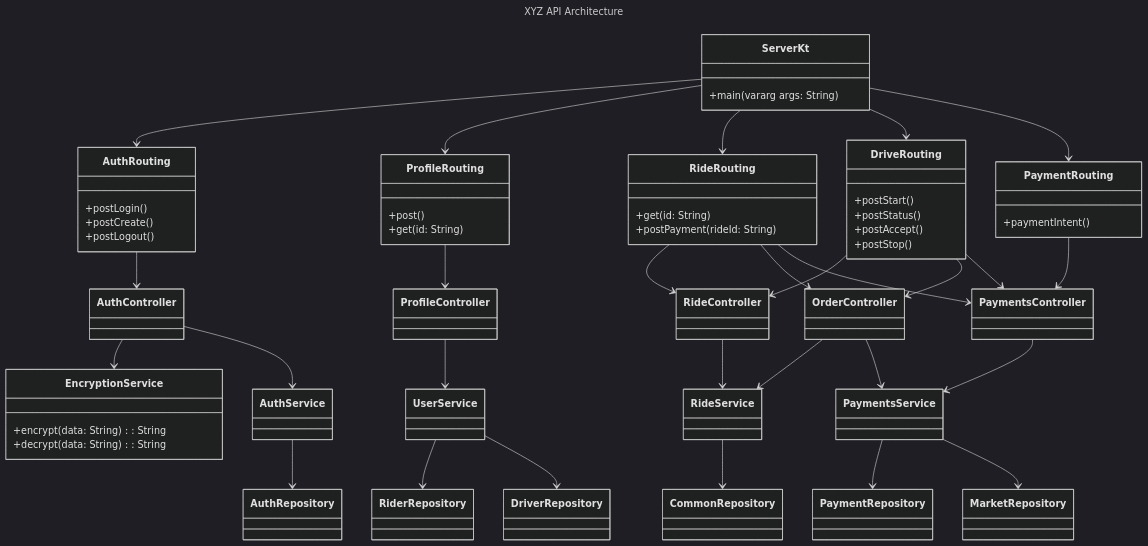
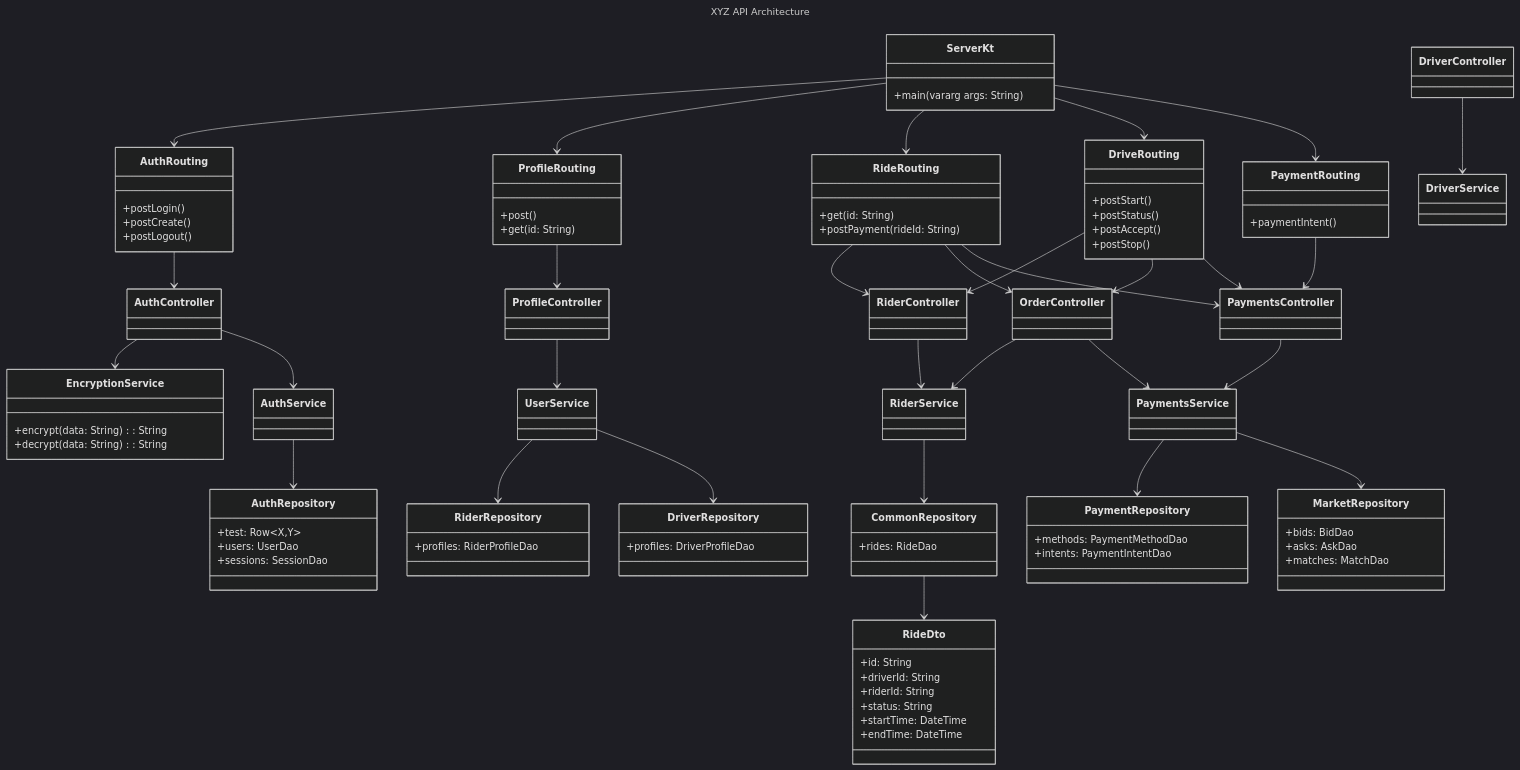
One commit to Pointyware/XYZ changed the diagram in api/README.md. Above: the diagram before and after it, drawn with Mermaid (dark theme).

Commit message:
Add Repository data structures

```diff
--- a/api/README.md
+++ b/api/README.md
@@ -43,7 +43,7 @@
       +get(id: String)
       +postPayment(rideId: String)
   }
-  RideRouting --> RideController
+  RideRouting --> RiderController
   RideRouting --> OrderController
   RideRouting --> PaymentsController
   class DriveRouting {
@@ -52,7 +52,7 @@
       +postAccept()
       +postStop()
   }
-  DriveRouting --> RideController
+  DriveRouting --> RiderController
   DriveRouting --> OrderController
   DriveRouting --> PaymentsController
   class PaymentRouting {
@@ -68,20 +68,24 @@
   class OrderController {
       
   }
-  OrderController --> RideService
+  OrderController --> RiderService
   OrderController --> PaymentsService
   class PaymentsController {
       
   }
   PaymentsController --> PaymentsService
-  class RideController {
-      
-  }
-  RideController --> RideService
-  class ProfileController {
+  class ProfileController { 
       
   }
   ProfileController --> UserService
+  class RiderController {
+      
+  }
+  RiderController --> RiderService
+  class DriverController {
+      
+  }
+  DriverController --> DriverService
   
   class EncryptionService {
       +encrypt(data: String): String
@@ -92,10 +96,10 @@
   }
   PaymentsService --> PaymentRepository
   PaymentsService --> MarketRepository
-  class RideService {
+  class RiderService {
       
   }
-  RideService --> CommonRepository
+  RiderService --> CommonRepository
   class AuthService {
       
   }
@@ -107,21 +111,37 @@
   UserService --> DriverRepository
   
   class AuthRepository {
-      
+      +test: Row~X,Y~
+      +users: UserDao
+      +sessions: SessionDao
   }
-  class CommonRepository {
-      
+  class CommonRepository { 
+      +rides: RideDao
+  }
+  CommonRepository --> RideDto
+  class RideDto {
+      +id: String
+      +driverId: String
+      +riderId: String
+      +status: String
+      +startTime: DateTime
+      +endTime: DateTime
   }
   class DriverRepository {
+      +profiles: DriverProfileDao
       
   }
   class MarketRepository {
-      
+      +bids: BidDao
+      +asks: AskDao
+      +matches: MatchDao
   }
   class PaymentRepository {
-      
+      +methods: PaymentMethodDao
+      +intents: PaymentIntentDao
   }
   class RiderRepository {
+      +profiles: RiderProfileDao
       
   }
 
```
